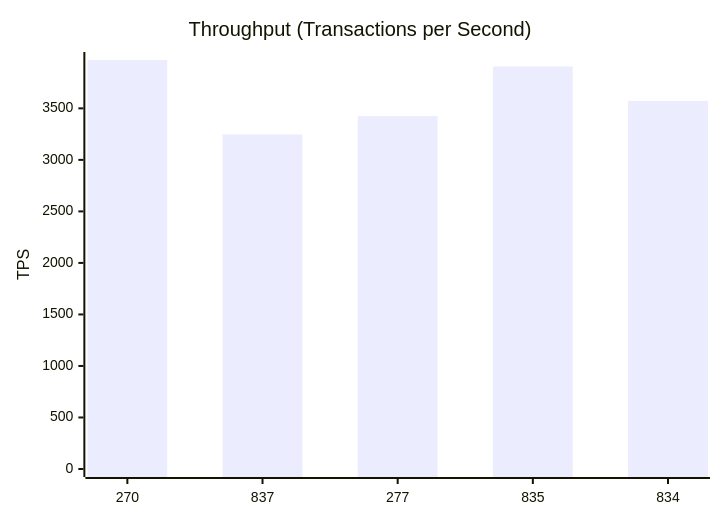
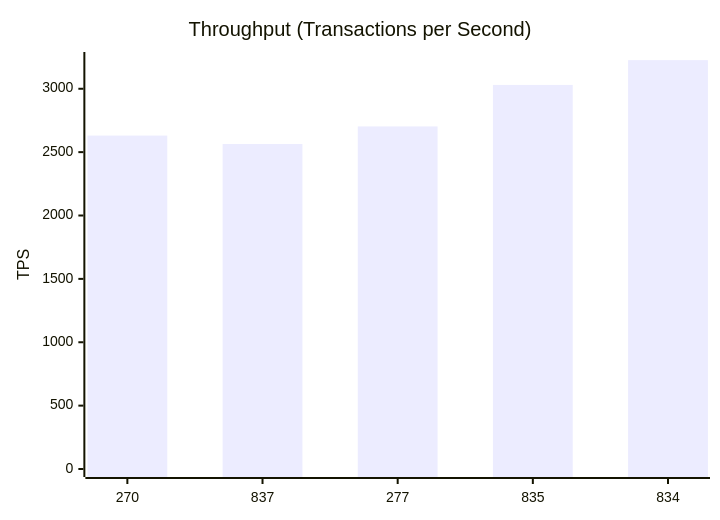
The second of 10 diagrams in test-tools/DataGen/src/Statistics_Visualizer.md (dhagan-va/intern-2025), drawn with Mermaid before and after one commit. The commit also changed other lines of this file and 3 other files, not shown here.

````diff
--- a/test-tools/DataGen/src/Statistics_Visualizer.md
+++ b/test-tools/DataGen/src/Statistics_Visualizer.md
@@ -30,7 +30,7 @@
 ```mermaid
 xychart-beta
     title "Throughput (Transactions per Second)"
     x-axis ["270", "837", "277", "835", "834"]
-    y-axis "TPS" 0 --> 3969.3169574120225
-    bar [3968.3169574120225, 3246.753246753247, 3424.657534246576, 3906.2805178165454, 3571.428571428571]
+    y-axis "TPS" 0 --> 3226.910513242363
+    bar [2630.8173949646152, 2564.234063285297, 2702.629658657874, 3030.2112057210384, 3225.910513242363]
 ```
````
